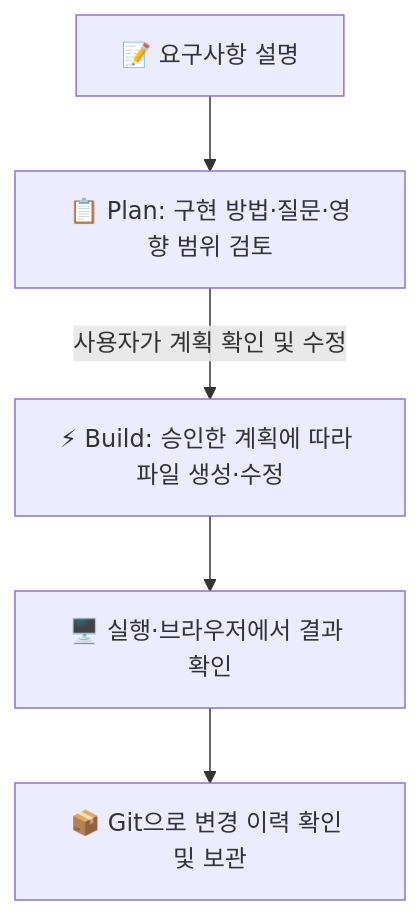
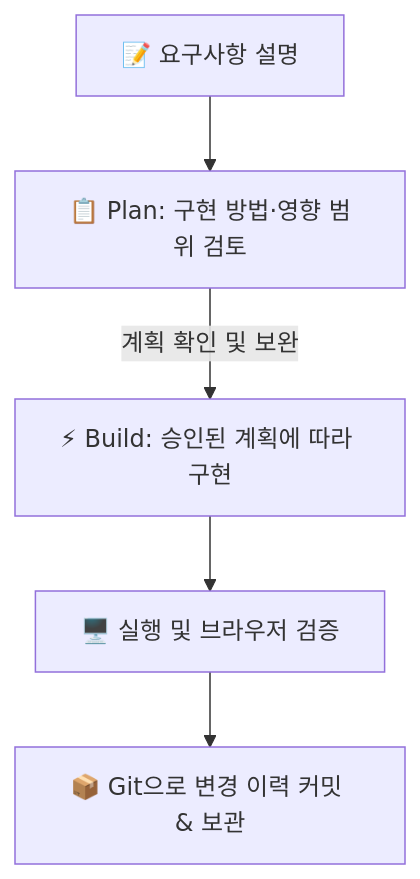
The diagram in 오픈코드17.md (gilson0516/opencode-guide), drawn with Mermaid before and after one commit. The commit also changed other lines of this file and 30 other files, not shown here.

````diff
--- a/오픈코드17.md
+++ b/오픈코드17.md
@@ -18,7 +8,7 @@
 ```mermaid
 flowchart TD
-    S1["📝 요구사항 설명"] --> S2["📋 Plan: 구현 방법·질문·영향 범위 검토"]
-    S2 -->|"사용자가 계획 확인 및 수정"| S3["⚡ Build: 승인한 계획에 따라 파일 생성·수정"]
-    S3 --> S4["🖥️ 실행·브라우저에서 결과 확인"]
-    S4 --> S5["📦 Git으로 변경 이력 확인 및 보관"]
+    S1["📝 요구사항 설명"] --> S2["📋 Plan: 구현 방법·영향 범위 검토"]
+    S2 -->|"계획 확인 및 보완"| S3["⚡ Build: 승인된 계획에 따라 구현"]
+    S3 --> S4["🖥️ 실행 및 브라우저 검증"]
+    S4 --> S5["📦 Git으로 변경 이력 커밋 & 보관"]
 ```
````
